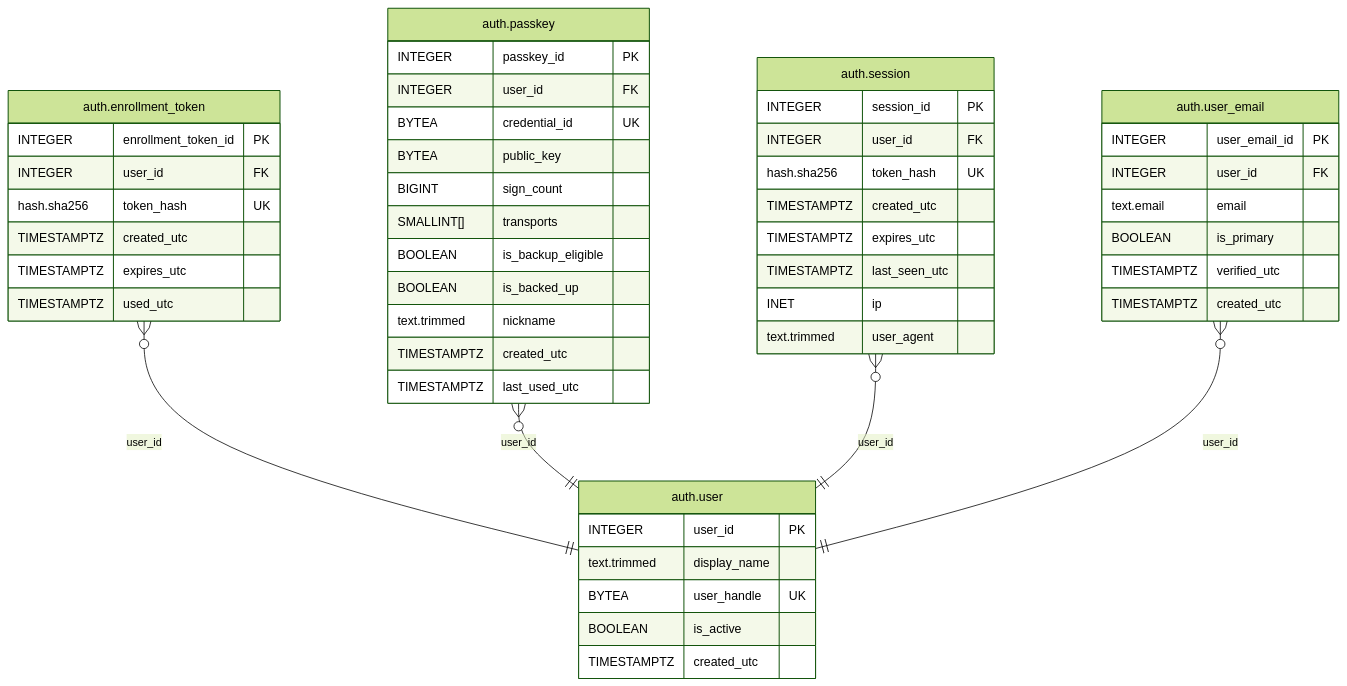
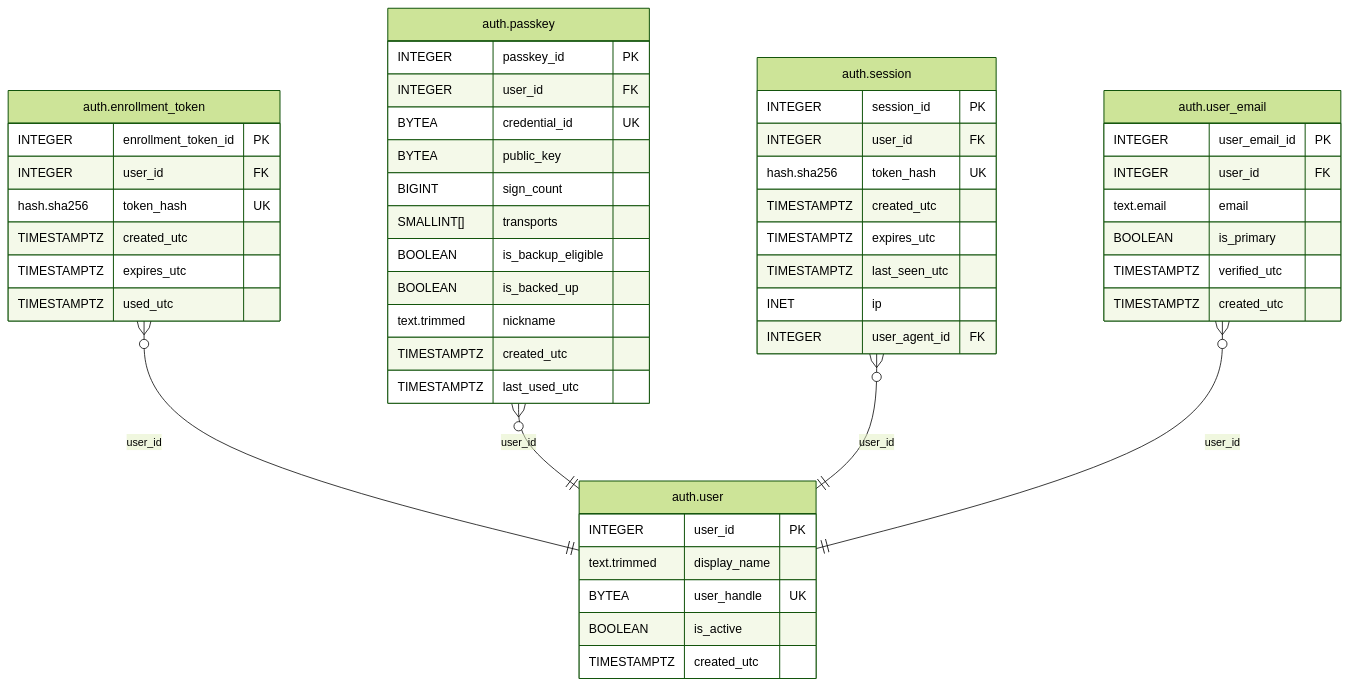
The diagram in docs/schema/auth.user.md (OlsonDev/josholson.dev), drawn with Mermaid (forest theme) before and after one commit. The commit also changed 9 other files, not shown here.

Commit message:
🗃️ Add an `http` schema with a deduplicated `http.user_agent`, reference it from `auth.session` and `form.contact` (which also gains `ip`), renumber the later migrations, and regenerate `docs/schema`

````diff
--- a/docs/schema/auth.user.md
+++ b/docs/schema/auth.user.md
@@ -46,59 +46,59 @@
 ```mermaid
 erDiagram
 
 "auth.enrollment_token" }o--|| "auth.user" : "user_id"
 "auth.passkey" }o--|| "auth.user" : "user_id"
 "auth.session" }o--|| "auth.user" : "user_id"
 "auth.user_email" }o--|| "auth.user" : "user_id"
 
 "auth.user" {
   INTEGER user_id PK
   text.trimmed display_name
   BYTEA user_handle UK
   BOOLEAN is_active
   TIMESTAMPTZ created_utc
 }
 
 "auth.enrollment_token" {
   INTEGER enrollment_token_id PK
   INTEGER user_id FK
   hash.sha256 token_hash UK
   TIMESTAMPTZ created_utc
   TIMESTAMPTZ expires_utc
   TIMESTAMPTZ used_utc
 }
 
 "auth.passkey" {
   INTEGER passkey_id PK
   INTEGER user_id FK
   BYTEA credential_id UK
   BYTEA public_key
   BIGINT sign_count
   SMALLINT[] transports
   BOOLEAN is_backup_eligible
   BOOLEAN is_backed_up
   text.trimmed nickname
   TIMESTAMPTZ created_utc
   TIMESTAMPTZ last_used_utc
 }
 
 "auth.session" {
   INTEGER session_id PK
   INTEGER user_id FK
   hash.sha256 token_hash UK
   TIMESTAMPTZ created_utc
   TIMESTAMPTZ expires_utc
   TIMESTAMPTZ last_seen_utc
   INET ip
-  text.trimmed user_agent
+  INTEGER user_agent_id FK
 }
 
 "auth.user_email" {
   INTEGER user_email_id PK
   INTEGER user_id FK
   text.email email
   BOOLEAN is_primary
   TIMESTAMPTZ verified_utc
   TIMESTAMPTZ created_utc
 }
 ```
````
